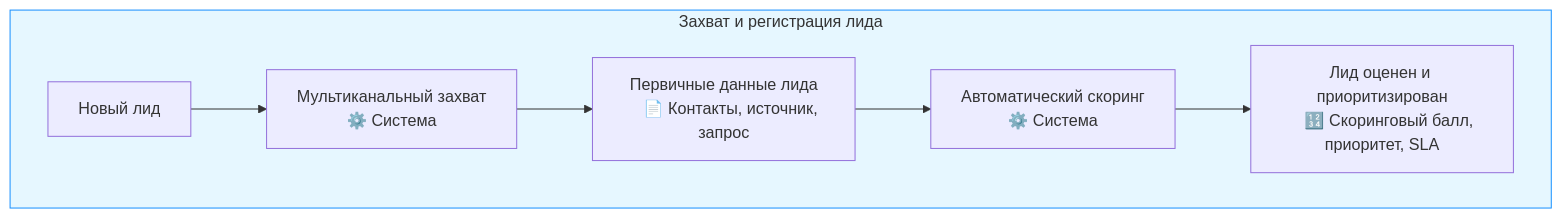
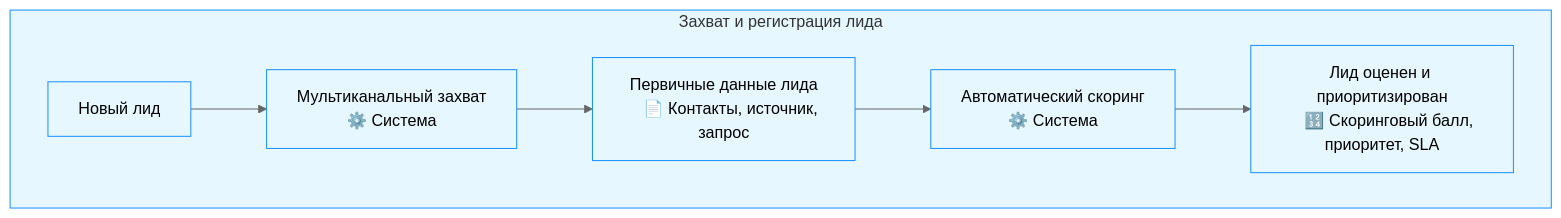
Before and after one commit to electronic777/Trust-PF-Docs: the second of 5 diagrams in README.md, drawn with Mermaid. The commit also changed other lines of this file, not shown here.

````diff
--- a/README.md
+++ b/README.md
@@ -71,22 +208,37 @@
 ```mermaid
+%%{init: {
+  'theme': 'neutral',
+  'themeVariables': {
+    'primaryColor': '#f4f4f4',
+    'primaryTextColor': '#333',
+    'primaryBorderColor': '#ddd',
+    'lineColor': '#666',
+    'secondaryColor': '#f0f7ff',
+    'tertiaryColor': '#fff'
+  }
+}}%%
 flowchart TD
  subgraph capture["Захват и регистрация лида"]
     newLead["Новый лид"] --> multiChannel["Мультиканальный захват
     ⚙️ Система"]
     
     multiChannel --> initialData["Первичные данные лида
     📄 Контакты, источник, запрос"]
     
     initialData --> autoScoring["Автоматический скоринг
     ⚙️ Система"]
     
     autoScoring --> leadScore["Лид оценен и приоритизирован
     🔢 Скоринговый балл, приоритет, SLA"]
  end
  
  %% Стили для блоков
- classDef captureBlock fill:#e6f7ff,stroke:#1890ff
+ style capture fill:#e6f7ff,stroke:#1890ff,stroke-width:1px
  
- %% Применение стилей
- capture:::captureBlock
+ %% Стили для элементов
+ style newLead fill:#e6f7ff,stroke:#1890ff,stroke-width:1px
+ style multiChannel fill:#e6f7ff,stroke:#1890ff,stroke-width:1px
+ style initialData fill:#e6f7ff,stroke:#1890ff,stroke-width:1px
+ style autoScoring fill:#e6f7ff,stroke:#1890ff,stroke-width:1px
+ style leadScore fill:#e6f7ff,stroke:#1890ff,stroke-width:1px
 ```
````
